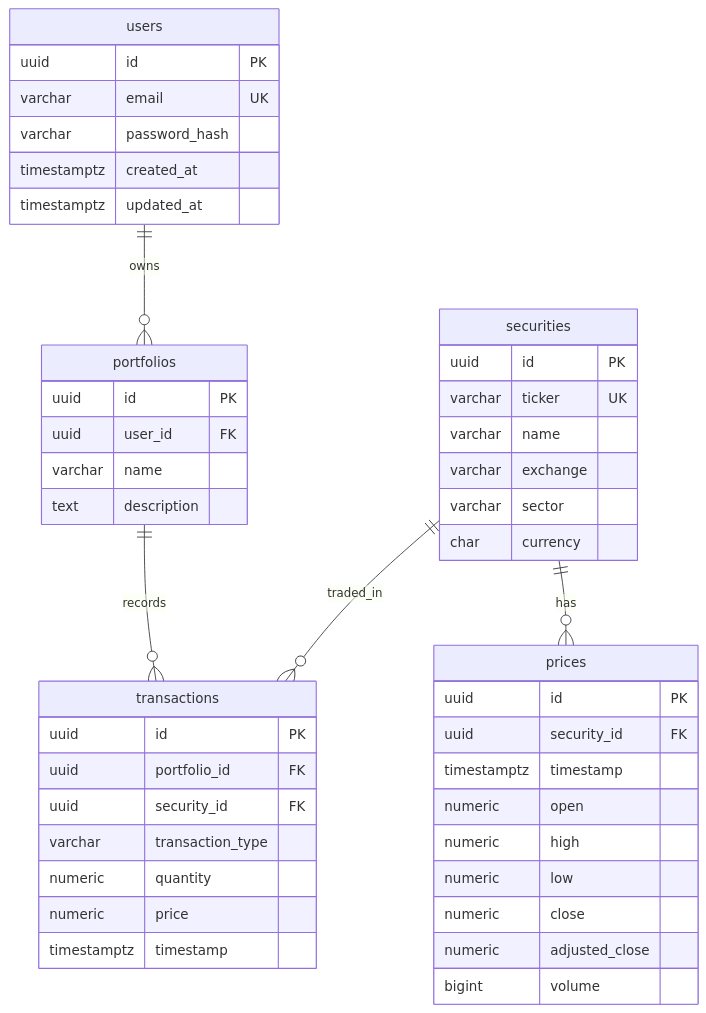
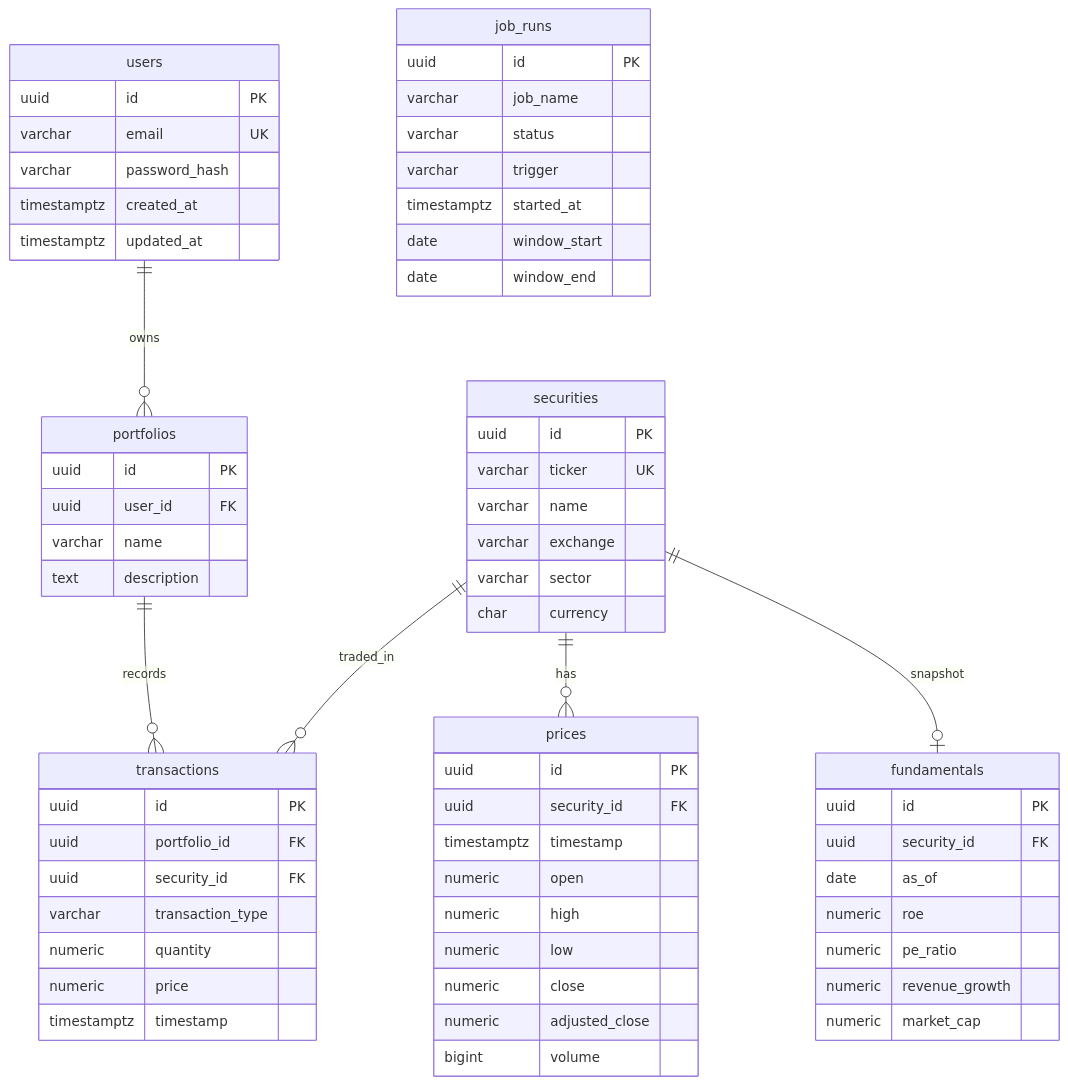
The diagram in README.md (yaubernice/Portfolytix), drawn with Mermaid before and after one commit. The commit also changed other lines of this file and 69 other files, not shown here.

````diff
--- a/README.md
+++ b/README.md
@@ -95,48 +106,67 @@
 ```mermaid
 erDiagram
     users ||--o{ portfolios : owns
     portfolios ||--o{ transactions : records
     securities ||--o{ transactions : traded_in
     securities ||--o{ prices : has
+    securities ||--o| fundamentals : snapshot
     users {
         uuid id PK
         varchar email UK
         varchar password_hash
         timestamptz created_at
         timestamptz updated_at
     }
     portfolios {
         uuid id PK
         uuid user_id FK
         varchar name
         text description
     }
     securities {
         uuid id PK
         varchar ticker UK
         varchar name
         varchar exchange
         varchar sector
         char currency
     }
     prices {
         uuid id PK
         uuid security_id FK
         timestamptz timestamp
         numeric open
         numeric high
         numeric low
         numeric close
         numeric adjusted_close
         bigint volume
     }
     transactions {
         uuid id PK
         uuid portfolio_id FK
         uuid security_id FK
         varchar transaction_type
         numeric quantity
         numeric price
         timestamptz timestamp
     }
+    job_runs {
+        uuid id PK
+        varchar job_name
+        varchar status
+        varchar trigger
+        timestamptz started_at
+        date window_start
+        date window_end
+    }
+    fundamentals {
+        uuid id PK
+        uuid security_id FK
+        date as_of
+        numeric roe
+        numeric pe_ratio
+        numeric revenue_growth
+        numeric market_cap
+    }
 ```
````
